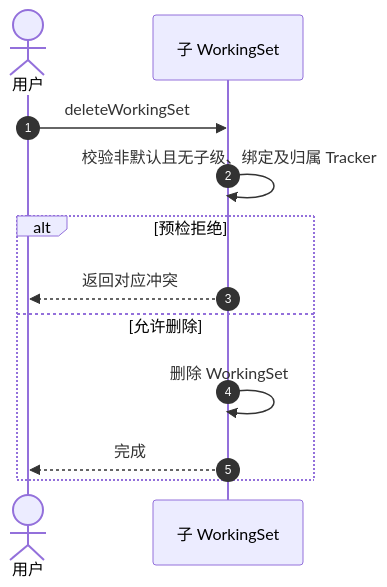
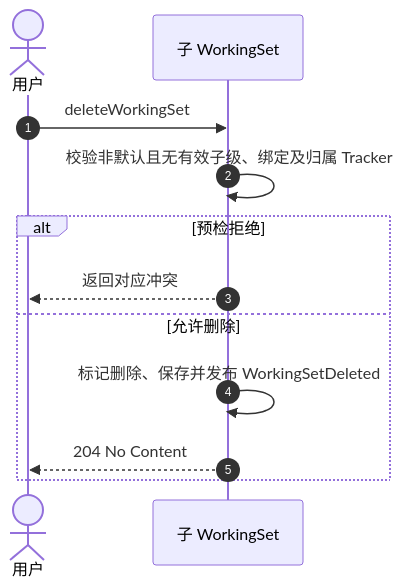
One commit to Greytrack/ddd-workingset changed the second of 4 diagrams in docs/working-set/10-diagrams/binding-lifecycle.md. Above: the diagram before and after it, drawn with Mermaid. The commit also changed other lines of this file and 28 other files, not shown here.

First line of the commit message:
feat(工作集) WorkingSet 删除改为软删并发布删除事实

````diff
--- a/docs/working-set/10-diagrams/binding-lifecycle.md
+++ b/docs/working-set/10-diagrams/binding-lifecycle.md
@@ -41,15 +41,15 @@
 ```mermaid
 sequenceDiagram
     autonumber
     actor U as 用户
     participant WS as 子 WorkingSet
 
     U->>WS: deleteWorkingSet
-    WS->>WS: 校验非默认且无子级、绑定及归属 Tracker
+    WS->>WS: 校验非默认且无有效子级、绑定及归属 Tracker
     alt 预检拒绝
         WS-->>U: 返回对应冲突
     else 允许删除
-        WS->>WS: 删除 WorkingSet
-        WS-->>U: 完成
+        WS->>WS: 标记删除、保存并发布 WorkingSetDeleted
+        WS-->>U: 204 No Content
     end
 ```
````
